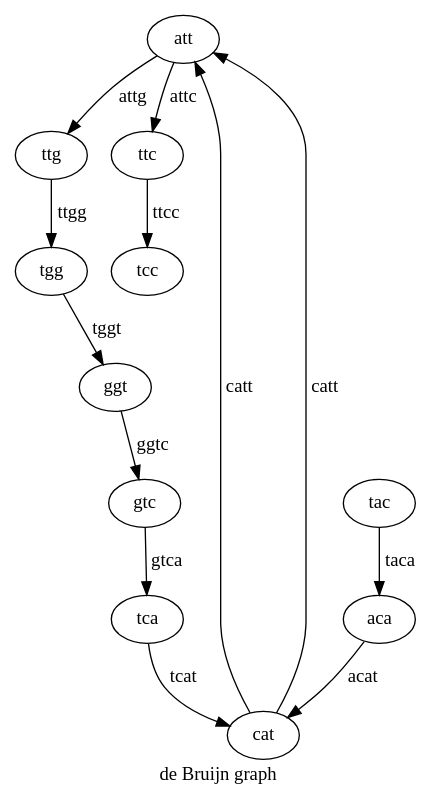
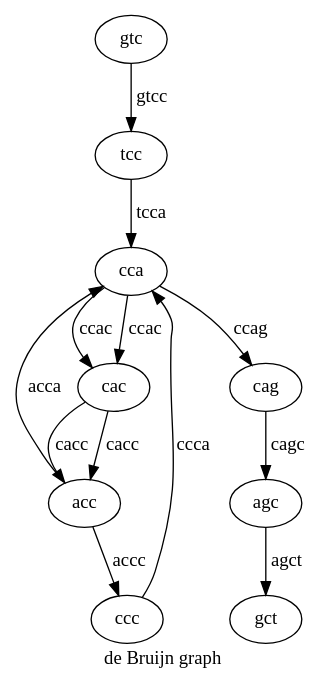
Before and after one commit to fsigs/nmsu-cs516-bioinformatics-project: the diagram in ps02/python/deBruijn.dot, drawn with Graphviz. The commit also changed 32 other files, not shown here.

```diff
--- a/ps02/python/deBruijn.dot
+++ b/ps02/python/deBruijn.dot
@@ -1,15 +1,15 @@
 digraph {
 label="de Bruijn graph"
-att->ttg[label=attg];
-att->ttc[label=attc];
-ttg->tgg[label=ttgg];
-cat->att[label=catt];
-cat->att[label=catt];
-ttc->tcc[label=ttcc];
-tgg->ggt[label=tggt];
-tac->aca[label=taca];
-aca->cat[label=acat];
-ggt->gtc[label=ggtc];
-gtc->tca[label=gtca];
-tca->cat[label=tcat];
+gtc->tcc[label=gtcc];
+tcc->cca[label=tcca];
+cac->acc[label=cacc];
+cac->acc[label=cacc];
+acc->cca[label=acca];
+acc->ccc[label=accc];
+ccc->cca[label=ccca];
+cca->cac[label=ccac];
+cca->cac[label=ccac];
+cca->cag[label=ccag];
+agc->gct[label=agct];
+cag->agc[label=cagc];
 }
```
